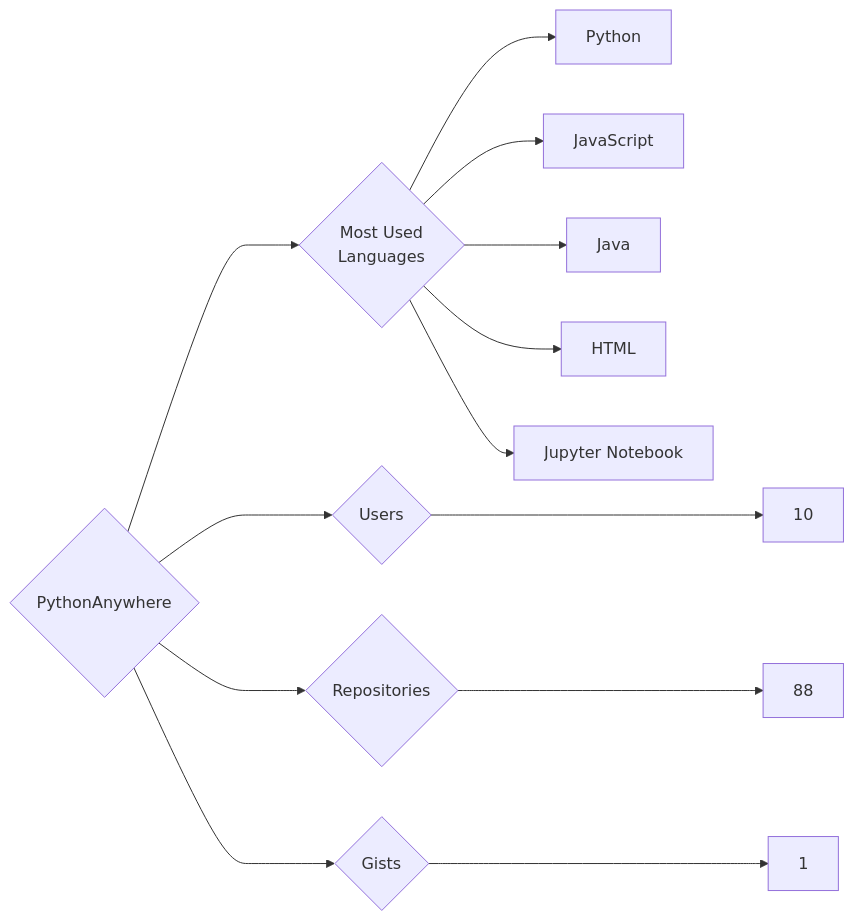
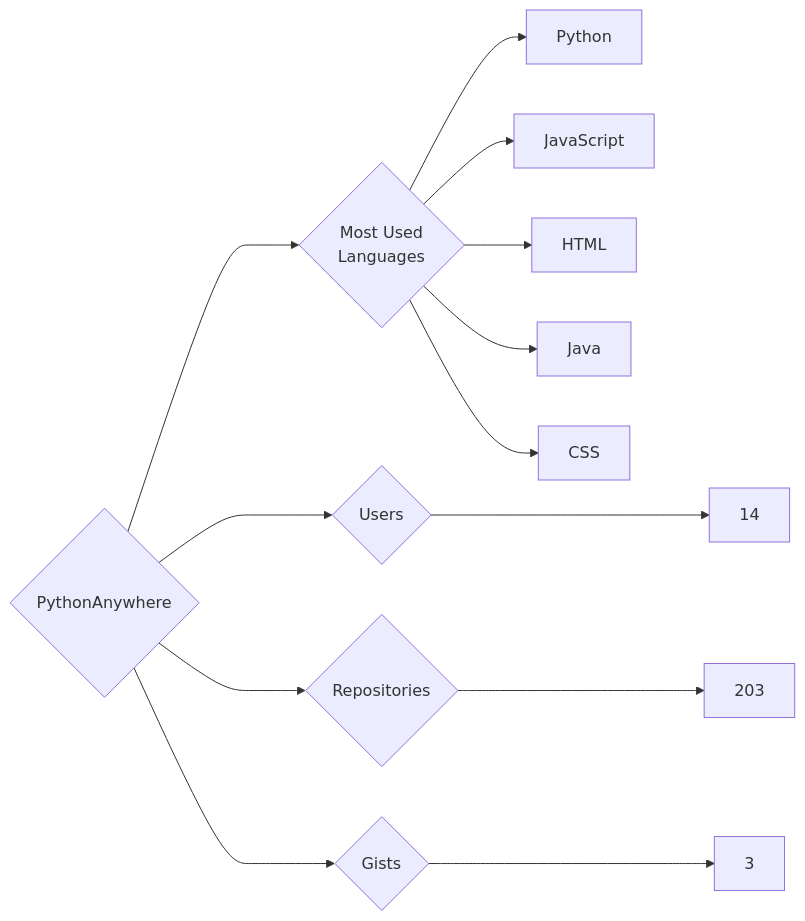
The diagram in targets/PythonAnywhere/README.md (trickest/insiders), drawn with Mermaid before and after one commit. The commit also changed 1508 other files, not shown here.

````diff
--- a/targets/PythonAnywhere/README.md
+++ b/targets/PythonAnywhere/README.md
@@ -3,13 +3,13 @@
 ```mermaid
 graph LR
 COMPANY_NAME{PythonAnywhere}
-COMPANY_NAME ---> U{Users} ---> UN[10]
-COMPANY_NAME ---> R{Repositories} ---> RN[88]
-COMPANY_NAME ---> G{Gists} ---> GN[1]
+COMPANY_NAME ---> U{Users} ---> UN[14]
+COMPANY_NAME ---> R{Repositories} ---> RN[203]
+COMPANY_NAME ---> G{Gists} ---> GN[3]
 COMPANY_NAME ---> ML{Most Used<br>Languages}
 ML --> Python[Python]
 ML --> JavaScript[JavaScript]
+ML --> HTML[HTML]
 ML --> Java[Java]
-ML --> HTML[HTML]
-ML --> Jupyter_Notebook[Jupyter Notebook]
+ML --> CSS[CSS]
 ```
````
